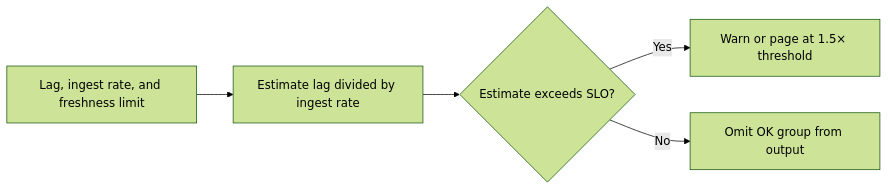
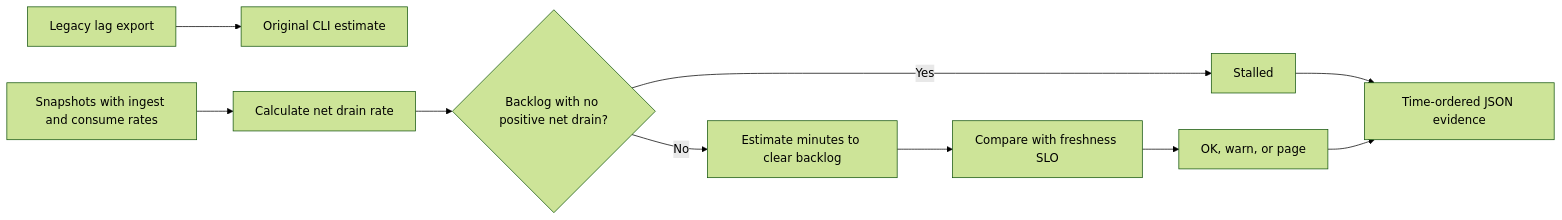
The diagram in README.md (Klokesh493/kafka-consumer-lag-slo-guard), drawn with Mermaid (forest theme) before and after one commit. The commit also changed other lines of this file and 6 other files, not shown here.

````diff
--- a/README.md
+++ b/README.md
@@ -27,11 +31,12 @@
 ```mermaid
 flowchart LR
-    A["Lag, ingest rate, and freshness limit"]
-    B["Estimate lag divided by ingest rate"]
-    C{"Estimate exceeds SLO?"}
-    D["Warn or page at 1.5× threshold"]
-    E["Omit OK group from output"]
-    A --> B --> C
-    C -->|Yes| D
-    C -->|No| E
+    Legacy["Legacy lag export"] --> CLI["Original CLI estimate"]
+    Snapshots["Snapshots with ingest and consume rates"] --> Net["Calculate net drain rate"]
+    Net --> Stall{"Backlog with no positive net drain?"}
+    Stall -->|Yes| Blocked["Stalled"]
+    Stall -->|No| ETA["Estimate minutes to clear backlog"]
+    ETA --> SLO["Compare with freshness SLO"]
+    SLO --> Status["OK, warn, or page"]
+    Blocked --> Report["Time-ordered JSON evidence"]
+    Status --> Report
 ```
````
